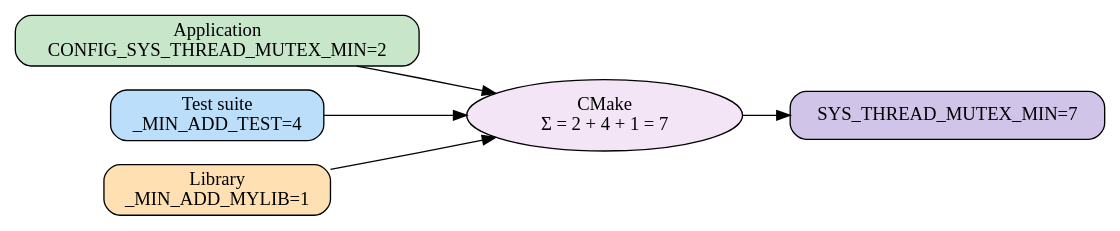
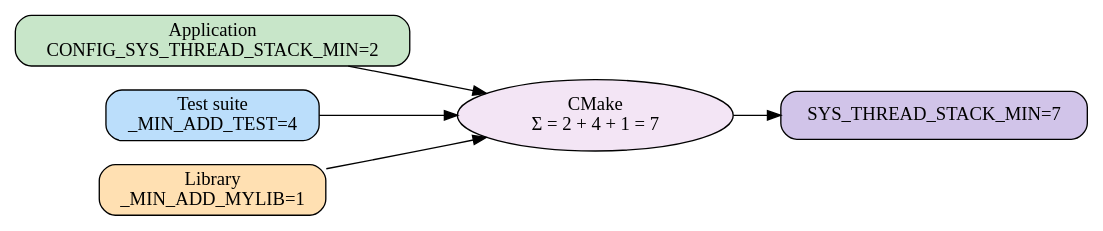
Before and after one commit to cfriedt/posix-next: the tenth of 13 diagrams in doc/posix/implementation/index.rst, drawn with Graphviz. The commit also changed other lines of this file and 24 other files, not shown here.

First line of the commit message:
posix: threads_base: pthread_mutex_t is a sys_mutex, pthread_cond_t a sys_condvar

```diff
--- a/doc/posix/implementation/index.rst
+++ b/doc/posix/implementation/index.rst
@@ -822,19 +828,19 @@
 .. graphviz::
-   :caption: Distributed Kconfig aggregation for SYS_THREAD_MUTEX_MIN
+   :caption: Distributed Kconfig aggregation for SYS_THREAD_STACK_MIN
 
    digraph {
        rankdir=LR;
        node [shape=rect, style="filled,rounded"];
 
-       app   [label="Application\nCONFIG_SYS_THREAD_MUTEX_MIN=2" fillcolor="#c8e6c9"];
+       app   [label="Application\nCONFIG_SYS_THREAD_STACK_MIN=2" fillcolor="#c8e6c9"];
        test  [label="Test suite\n_MIN_ADD_TEST=4"                 fillcolor="#bbdefb"];
        lib   [label="Library\n_MIN_ADD_MYLIB=1"                   fillcolor="#ffe0b2"];
 
        sum   [label="CMake\nΣ = 2 + 4 + 1 = 7" shape=ellipse     fillcolor="#f3e5f5"];
-       def   [label="SYS_THREAD_MUTEX_MIN=7"                      fillcolor="#d1c4e9"];
+       def   [label="SYS_THREAD_STACK_MIN=7"                      fillcolor="#d1c4e9"];
 
        app  -> sum;
        test -> sum;
        lib  -> sum;
        sum  -> def;
    }
```
